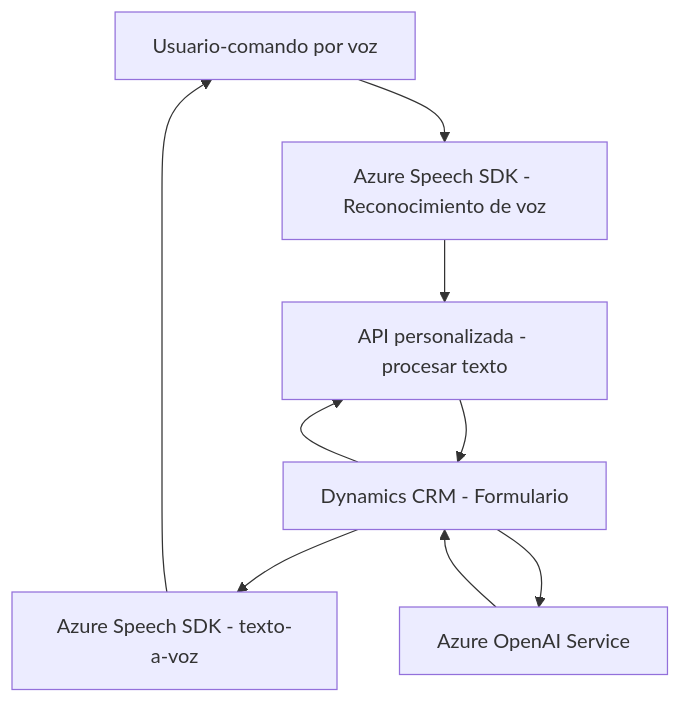
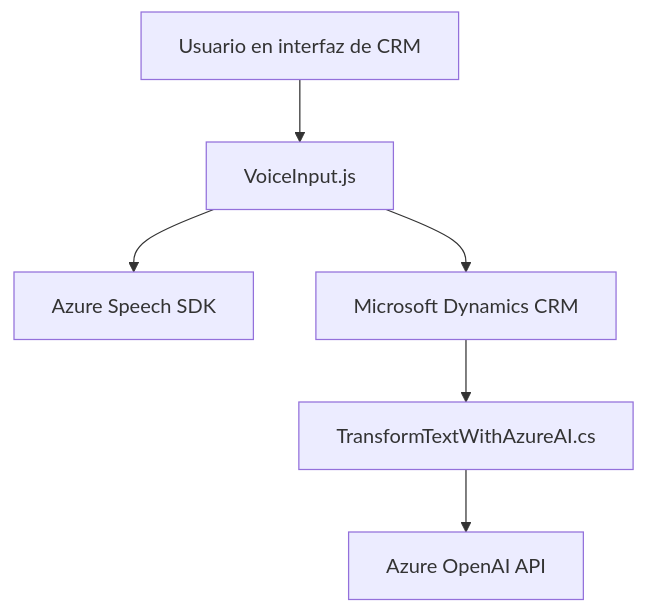
The diagram in README.md (blopezdm/NETCORE_BILBAO2025), drawn with Mermaid before and after one commit. The commit also changed other lines of this file, not shown here.

````diff
--- a/README.md
+++ b/README.md
@@ -32,18 +37,8 @@
 ```mermaid
 graph TD
-    A["Usuario-comando por voz"]
-    B["Azure Speech SDK - Reconocimiento de voz"]
-    C["API personalizada - procesar texto"]
-    D["Dynamics CRM - Formulario"]
-    E["Azure Speech SDK - texto-a-voz"]
-    F["Azure OpenAI Service"]
-
-    A --> B
-    B --> C
-    C --> D
-    D --> C
-    D --> E
-    E --> A
-    D --> F
-    F --> D
+A["Usuario en interfaz de CRM"] --> B["VoiceInput.js"]
+B["VoiceInput.js"] --> C["Azure Speech SDK"]
+B["VoiceInput.js"] --> D["Microsoft Dynamics CRM"]
+D["Microsoft Dynamics CRM"] --> E["TransformTextWithAzureAI.cs"]
+E["TransformTextWithAzureAI.cs"] --> F["Azure OpenAI API"]
 ```
````
